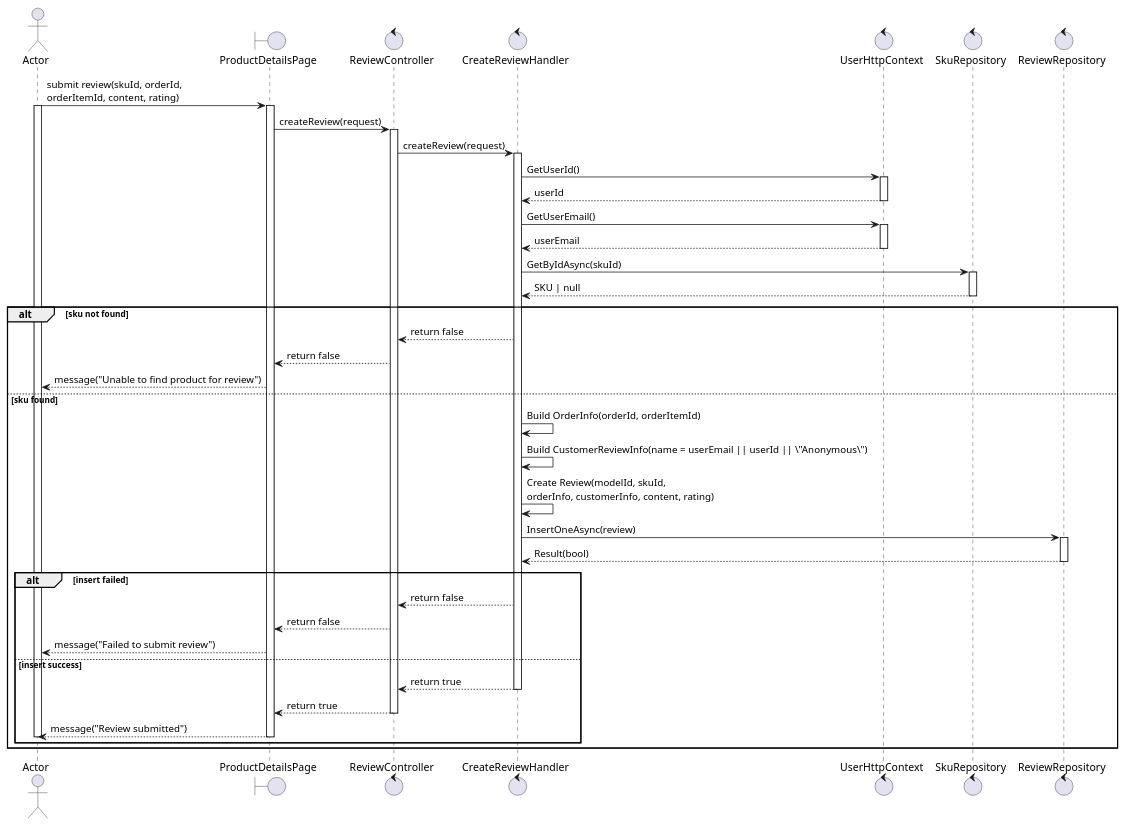
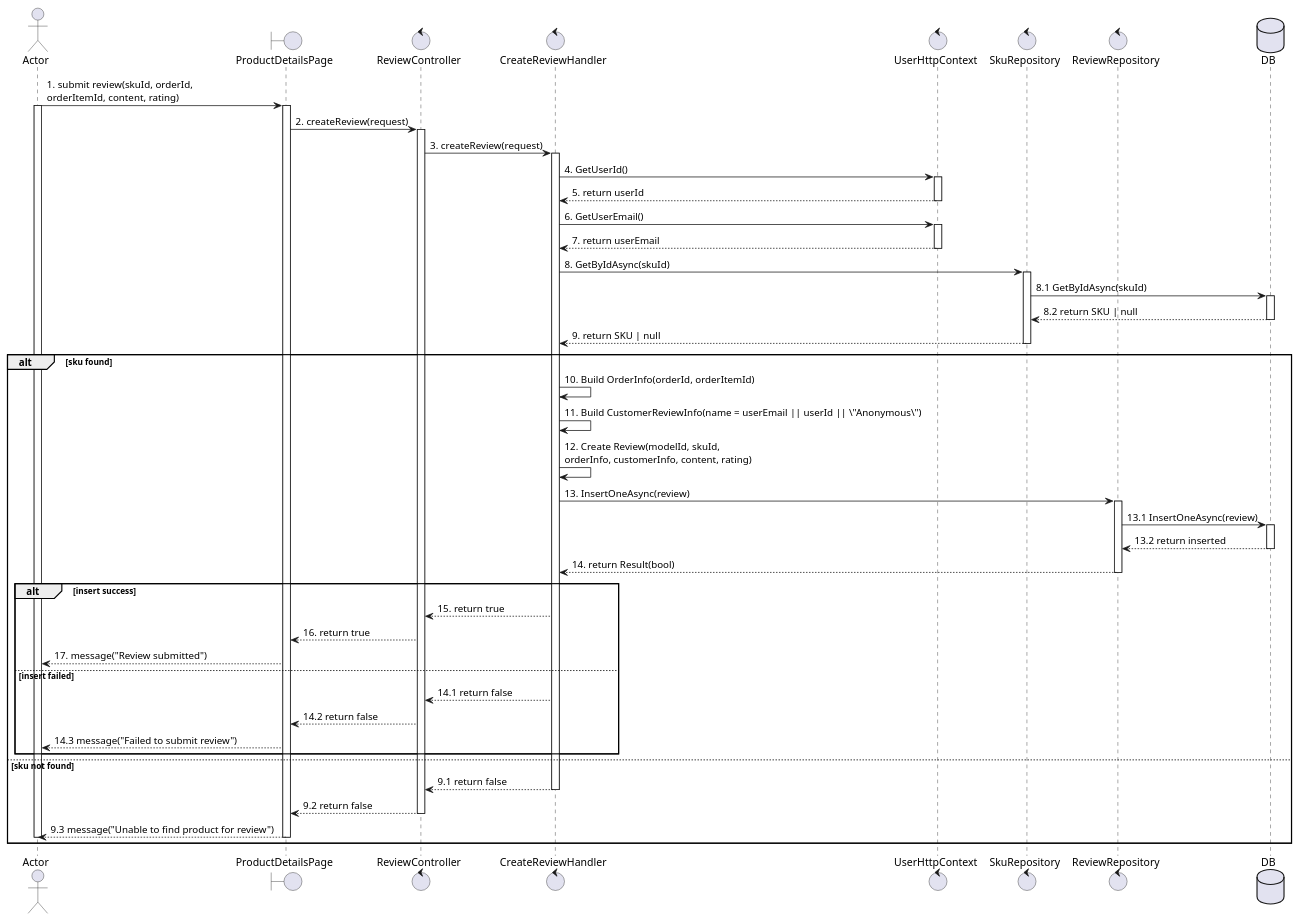
Before and after one commit to Young-Z-Generation-YZG/your-comfort-my-apple: the diagram in docs/usecases/UC29_write-review.plantuml, drawn with PlantUML. The commit also changed 2 other files, not shown here.

```diff
--- a/docs/usecases/UC29_write-review.plantuml
+++ b/docs/usecases/UC29_write-review.plantuml
@@ -1,64 +1,73 @@
 @startuml UC33_write_review
 actor Actor
 boundary ProductDetailsPage
 control ReviewController
 control CreateReviewHandler
 control UserHttpContext
 control SkuRepository
 control ReviewRepository
+database DB
 
-Actor -> ProductDetailsPage: submit review(skuId, orderId,\norderItemId, content, rating)
+Actor -> ProductDetailsPage: 1. submit review(skuId, orderId,\norderItemId, content, rating)
 activate Actor
 activate ProductDetailsPage
 
-ProductDetailsPage -> ReviewController: createReview(request)
+ProductDetailsPage -> ReviewController: 2. createReview(request)
 activate ReviewController
 
-ReviewController -> CreateReviewHandler: createReview(request)
+ReviewController -> CreateReviewHandler: 3. createReview(request)
 activate CreateReviewHandler
 
-CreateReviewHandler -> UserHttpContext: GetUserId()
+CreateReviewHandler -> UserHttpContext: 4. GetUserId()
 activate UserHttpContext
-UserHttpContext --> CreateReviewHandler: userId
+UserHttpContext --> CreateReviewHandler: 5. return userId
 deactivate UserHttpContext
 
-CreateReviewHandler -> UserHttpContext: GetUserEmail()
+CreateReviewHandler -> UserHttpContext: 6. GetUserEmail()
 activate UserHttpContext
-UserHttpContext --> CreateReviewHandler: userEmail
+UserHttpContext --> CreateReviewHandler: 7. return userEmail
 deactivate UserHttpContext
 
-CreateReviewHandler -> SkuRepository: GetByIdAsync(skuId)
+CreateReviewHandler -> SkuRepository: 8. GetByIdAsync(skuId)
 activate SkuRepository
-SkuRepository --> CreateReviewHandler: SKU | null
+SkuRepository -> DB: 8.1 GetByIdAsync(skuId)
+activate DB
+DB --> SkuRepository: 8.2 return SKU | null
+deactivate DB
+SkuRepository --> CreateReviewHandler: 9. return SKU | null
 deactivate SkuRepository
 
-alt sku not found
-    CreateReviewHandler --> ReviewController: return false
-    ReviewController --> ProductDetailsPage: return false
-    ProductDetailsPage --> Actor: message("Unable to find product for review")
-else sku found
-    CreateReviewHandler -> CreateReviewHandler: Build OrderInfo(orderId, orderItemId)
-    CreateReviewHandler -> CreateReviewHandler: Build CustomerReviewInfo(name = userEmail || userId || \"Anonymous\")
-    CreateReviewHandler -> CreateReviewHandler: Create Review(modelId, skuId,\norderInfo, customerInfo, content, rating)
+alt sku found
+    CreateReviewHandler -> CreateReviewHandler: 10. Build OrderInfo(orderId, orderItemId)
+    CreateReviewHandler -> CreateReviewHandler: 11. Build CustomerReviewInfo(name = userEmail || userId || \"Anonymous\")
+    CreateReviewHandler -> CreateReviewHandler: 12. Create Review(modelId, skuId,\norderInfo, customerInfo, content, rating)
 
-    CreateReviewHandler -> ReviewRepository: InsertOneAsync(review)
+    CreateReviewHandler -> ReviewRepository: 13. InsertOneAsync(review)
     activate ReviewRepository
-    ReviewRepository --> CreateReviewHandler: Result(bool)
+    ReviewRepository -> DB: 13.1 InsertOneAsync(review)
+    activate DB
+    DB --> ReviewRepository: 13.2 return inserted
+    deactivate DB
+    ReviewRepository --> CreateReviewHandler: 14. return Result(bool)
     deactivate ReviewRepository
 
-    alt insert failed
-        CreateReviewHandler --> ReviewController: return false
-        ReviewController --> ProductDetailsPage: return false
-        ProductDetailsPage --> Actor: message("Failed to submit review")
-    else insert success
-        CreateReviewHandler --> ReviewController: return true
-        deactivate CreateReviewHandler
-        ReviewController --> ProductDetailsPage: return true
-        deactivate ReviewController
-        ProductDetailsPage --> Actor: message("Review submitted")
-        deactivate ProductDetailsPage
-        deactivate Actor
+    alt insert success
+        CreateReviewHandler --> ReviewController: 15. return true
+        ReviewController --> ProductDetailsPage: 16. return true
+        ProductDetailsPage --> Actor: 17. message("Review submitted")
+    else insert failed
+        CreateReviewHandler --> ReviewController: 14.1 return false
+        ReviewController --> ProductDetailsPage: 14.2 return false
+        ProductDetailsPage --> Actor: 14.3 message("Failed to submit review")
     end
+else sku not found
+    CreateReviewHandler --> ReviewController: 9.1 return false
+    deactivate CreateReviewHandler
+    ReviewController --> ProductDetailsPage: 9.2 return false
+    deactivate ReviewController
+    ProductDetailsPage --> Actor: 9.3 message("Unable to find product for review")
+    deactivate ProductDetailsPage
+    deactivate Actor
 end
 
 @enduml
```
